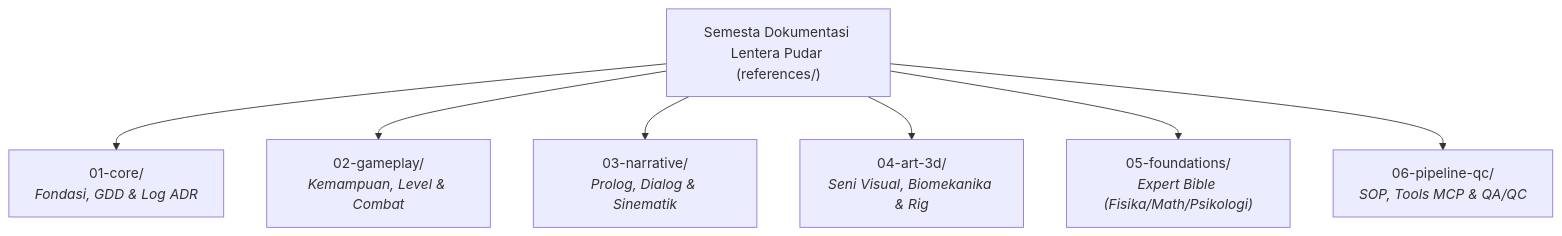
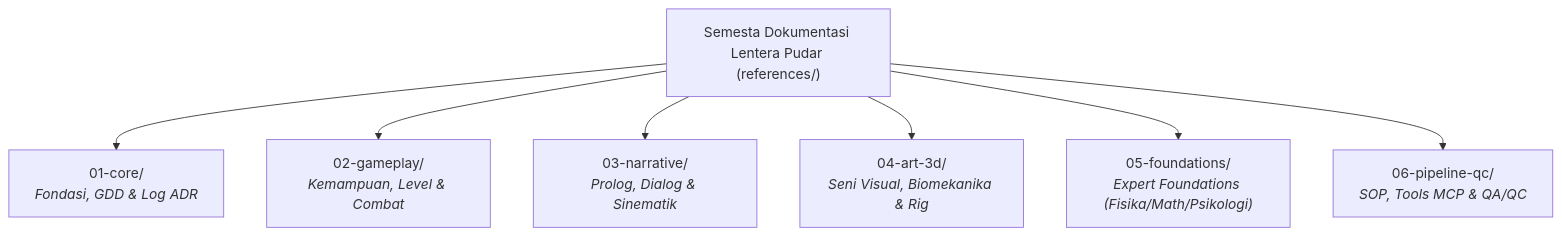
Before and after one commit to adityaairlangga12/lentera-pudar-legacy-pre-r7: the diagram in references/01-core/master-index.md, drawn with Mermaid. The commit also changed other lines of this file and 28 other files, not shown here.

````diff
--- a/references/01-core/master-index.md
+++ b/references/01-core/master-index.md
@@ -9,17 +9,17 @@
 ```mermaid
 flowchart TD
     ROOT["Semesta Dokumentasi Lentera Pudar (references/)"]
     D1["01-core/<br><i>Fondasi, GDD & Log ADR</i>"]
     D2["02-gameplay/<br><i>Kemampuan, Level & Combat</i>"]
     D3["03-narrative/<br><i>Prolog, Dialog & Sinematik</i>"]
     D4["04-art-3d/<br><i>Seni Visual, Biomekanika & Rig</i>"]
-    D5["05-foundations/<br><i>Expert Bible (Fisika/Math/Psikologi)</i>"]
+    D5["05-foundations/<br><i>Expert Foundations (Fisika/Math/Psikologi)</i>"]
     D6["06-pipeline-qc/<br><i>SOP, Tools MCP & QA/QC</i>"]
 
     ROOT --> D1
     ROOT --> D2
     ROOT --> D3
     ROOT --> D4
     ROOT --> D5
     ROOT --> D6
 ```
````
